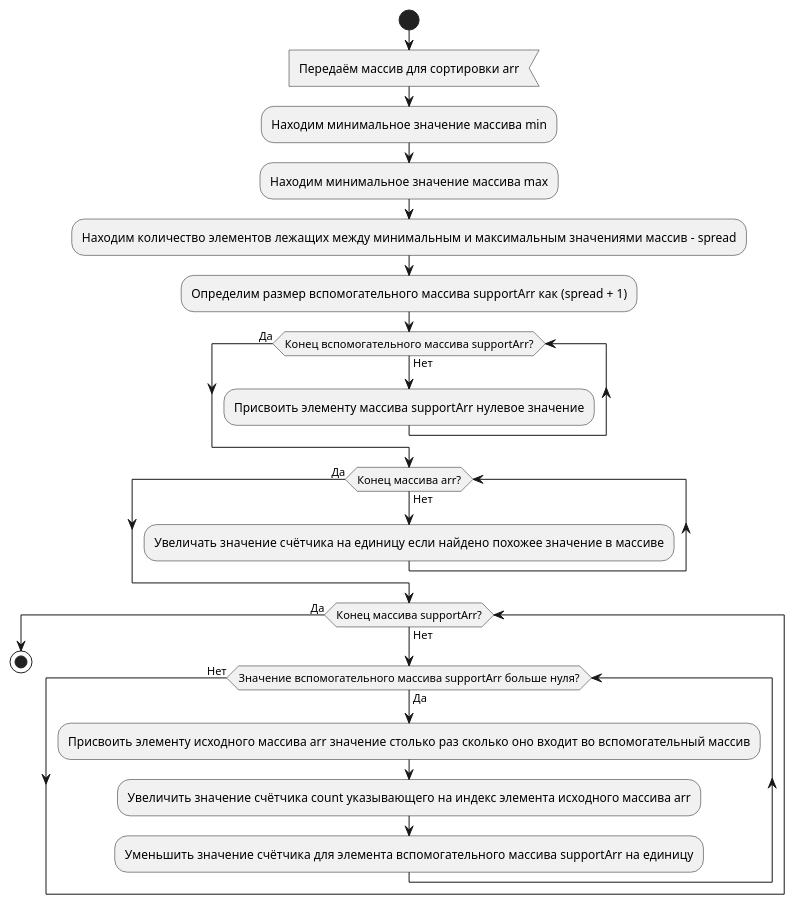
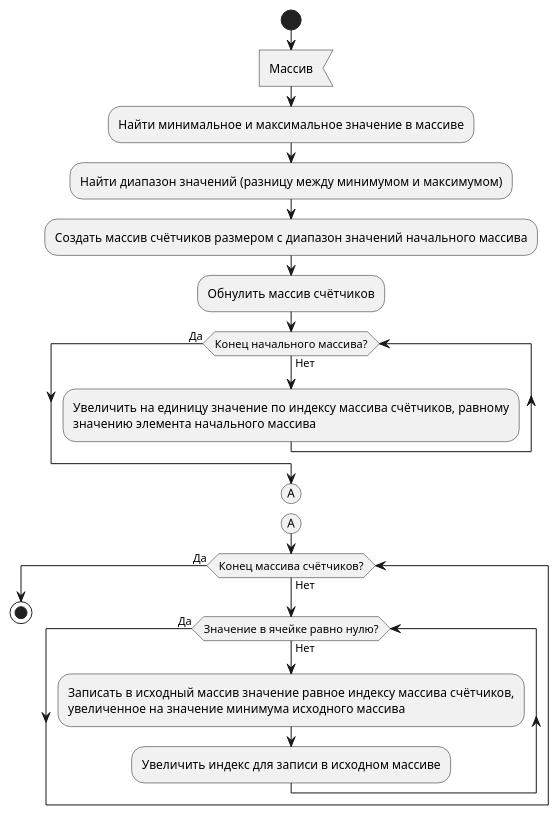
The diagram in Scenarios/5.3. Pigeonhole Sort.puml (YA-NDT/IC-ADSC-TD), drawn with PlantUML before and after one commit. The commit also changed 4 other files, not shown here.

```diff
--- a/Scenarios/5.3. Pigeonhole Sort.puml
+++ b/Scenarios/5.3. Pigeonhole Sort.puml
@@ -1,26 +1,23 @@
 @startuml
 start
-    :Передаём массив для сортировки arr<
+    :Массив<
+    :Найти минимальное и максимальное значение в массиве;
+	:Найти диапазон значений (разницу между минимумом и максимумом);
+    :Создать массив счётчиков размером с диапазон значений начального массива;
+    :Обнулить массив счётчиков;
 
-    :Находим минимальное значение массива min;
-    :Находим минимальное значение массива max;
-    :Находим количество элементов лежащих между минимальным и максимальным значениями массив - spread;
-    :Определим размер вспомогательного массива supportArr как (spread + 1);
-    
-    while (Конец вспомогательного массива supportArr?) is (Нет)
-        :Присвоить элементу массива supportArr нулевое значение;
+    while (Конец начального массива?) is (Нет)
+            :Увеличить на единицу значение по индексу массива счётчиков, равному\nзначению элемента начального массива;
+    endwhile (Да)
+(A)
+detach
+(A)
+    while (Конец массива счётчиков?) is (Нет)
+        while (Значение в ячейке равно нулю?) is (Нет)
+			:Записать в исходный массив значение равное индексу массива счётчиков,\nувеличенное на значение минимума исходного массива;
+			:Увеличить индекс для записи в исходном массиве;
+        endwhile (Да)
     endwhile (Да)
 
-    while (Конец массива arr?) is (Нет)
-        :Увеличать значение счётчика на единицу если найдено похожее значение в массиве;
-    endwhile (Да)
-    
-    while (Конец массива supportArr?) is (Нет)
-        while (Значение вспомогательного массива supportArr больше нуля?) is (Да)
-            :Присвоить элементу исходного массива arr значение столько раз сколько оно входит во вспомогательный массив;
-            :Увеличить значение счётчика count указывающего на индекс элемента исходного массива arr;
-            :Уменьшить значение счётчика для элемента вспомогательного массива supportArr на единицу;
-        endwhile (Нет)
-    endwhile (Да)
 stop
 @enduml
```
